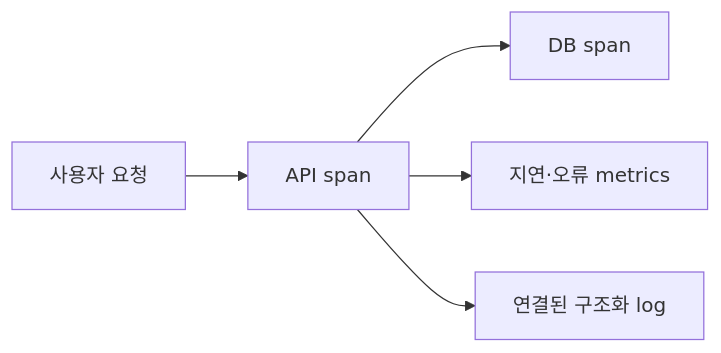
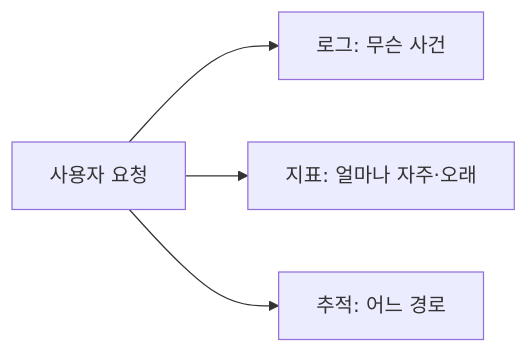
The diagram in content/topics/observability.md (moocongpapa/it-study), drawn with Mermaid before and after one commit. The commit also changed other lines of this file and 71 other files, not shown here.

````diff
--- a/content/topics/observability.md
+++ b/content/topics/observability.md
@@ -6,6 +20,6 @@
 ```mermaid
 flowchart LR
-  R["사용자 요청"] --> A["API span"] --> D["DB span"]
-  A --> M["지연·오류 metrics"]
-  A --> L["연결된 구조화 log"]
+ A["사용자 요청"] --> B["로그: 무슨 사건"]
+ A --> C["지표: 얼마나 자주·오래"]
+ A --> D["추적: 어느 경로"]
 ```
````
